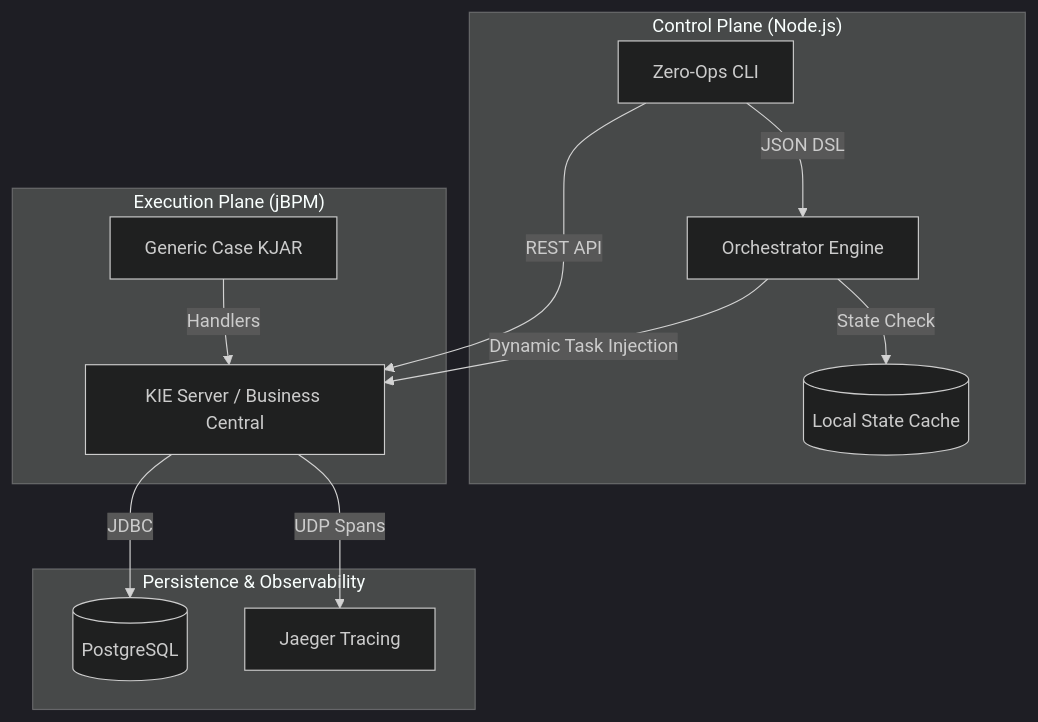
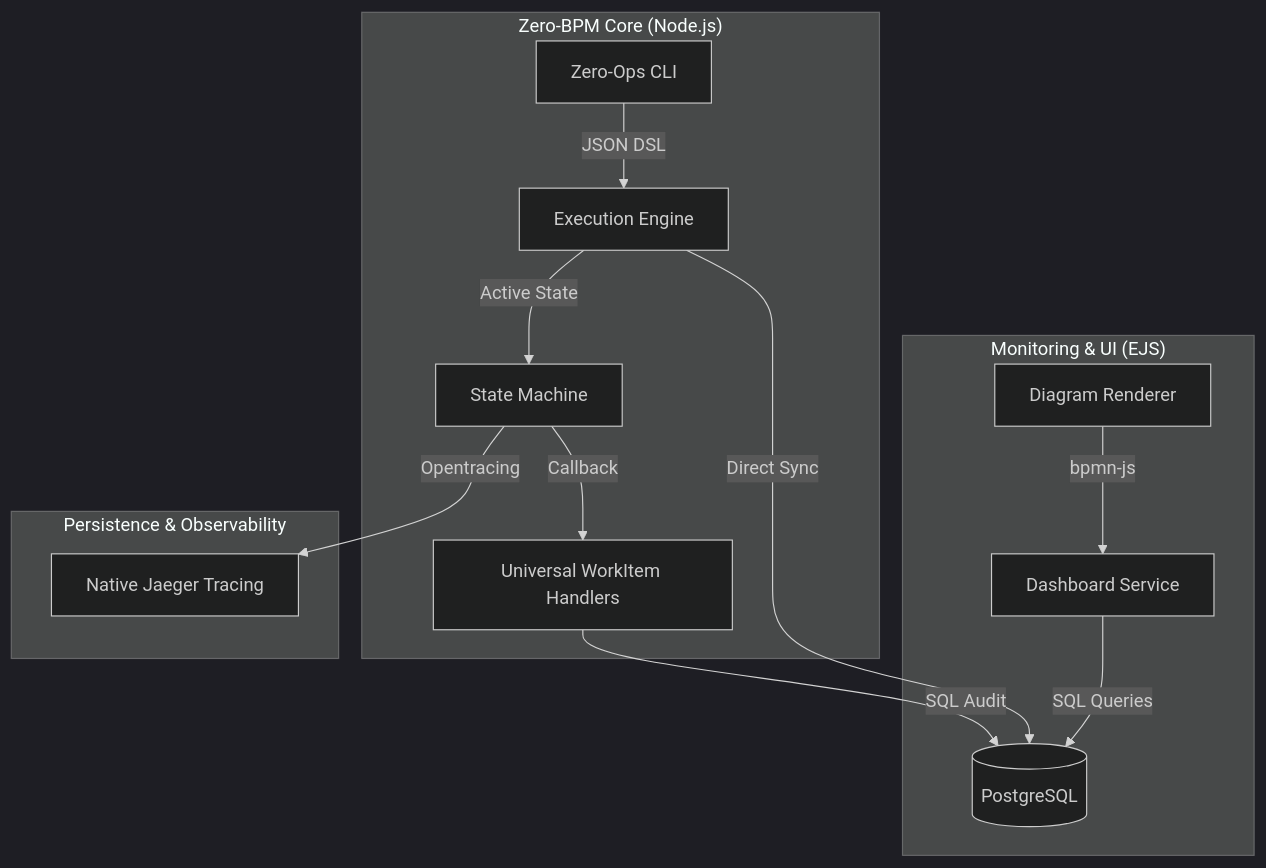
One commit to Avinashkumar8694/zero-ops changed the diagram in src/tools/jbpm/solution_doc.md. Above: the diagram before and after it, drawn with Mermaid (dark theme). The commit also changed other lines of this file and 146 other files, not shown here.

Commit message:
feat: migrate JBPM tool to TypeScript and implement modular node-based architecture

````diff
--- a/src/tools/jbpm/solution_doc.md
+++ b/src/tools/jbpm/solution_doc.md
@@ -11,22 +11,22 @@
 ```mermaid
 graph TB
-    subgraph Control_Plane ["Control Plane (Node.js)"]
-        CLI[Zero-Ops CLI] -- "JSON DSL" --> ORCH[Orchestrator Engine]
-        ORCH -- "State Check" --> REDIS[(Local State Cache)]
+    subgraph Control_Execution_Plane ["Zero-BPM Core (Node.js)"]
+        CLI[Zero-Ops CLI] -- "JSON DSL" --> ENGINE[Execution Engine]
+        ENGINE -- "Active State" --> SM[State Machine]
+        SM -- "Callback" --> HANDLERS[Universal WorkItem Handlers]
     end
 
-    subgraph Execution_Plane ["Execution Plane (jBPM)"]
-        KIE[KIE Server / Business Central]
-        KJAR[Generic Case KJAR] -- "Handlers" --> KIE
+    subgraph Monitoring_Plane ["Monitoring & UI (EJS)"]
+        DASH[Dashboard Service] -- "SQL Queries" --> DB
+        DIAG[Diagram Renderer] -- "bpmn-js" --> DASH
     end
 
     subgraph Persistence_Plane ["Persistence & Observability"]
         DB[(PostgreSQL)]
-        JG[Jaeger Tracing]
+        TRACER[Native Jaeger Tracing]
     end
 
-    CLI -- "REST API" --> KIE
-    KIE -- "JDBC" --> DB
-    KIE -- "UDP Spans" --> JG
-    ORCH -- "Dynamic Task Injection" --> KIE
+    ENGINE -- "Direct Sync" --> DB
+    HANDLERS -- "SQL Audit" --> DB
+    SM -- "Opentracing" --> TRACER
 ```
````
